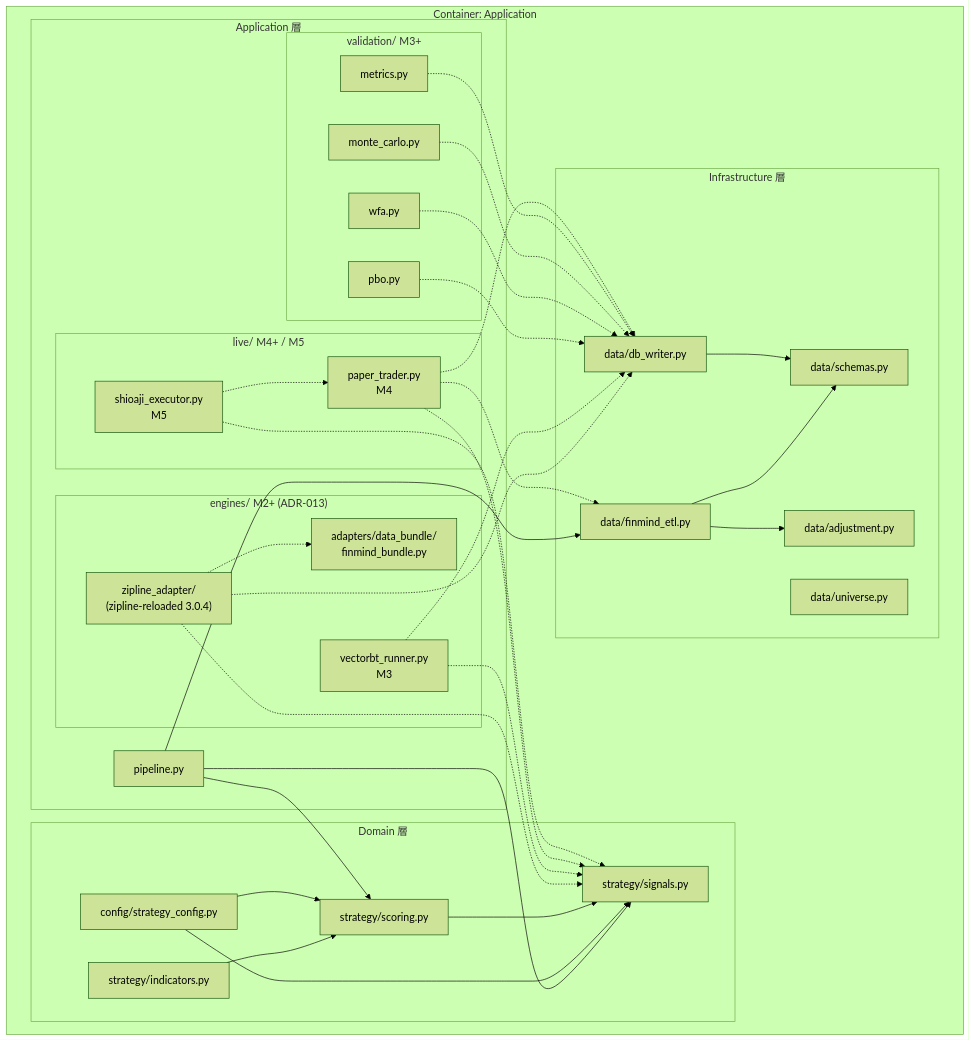
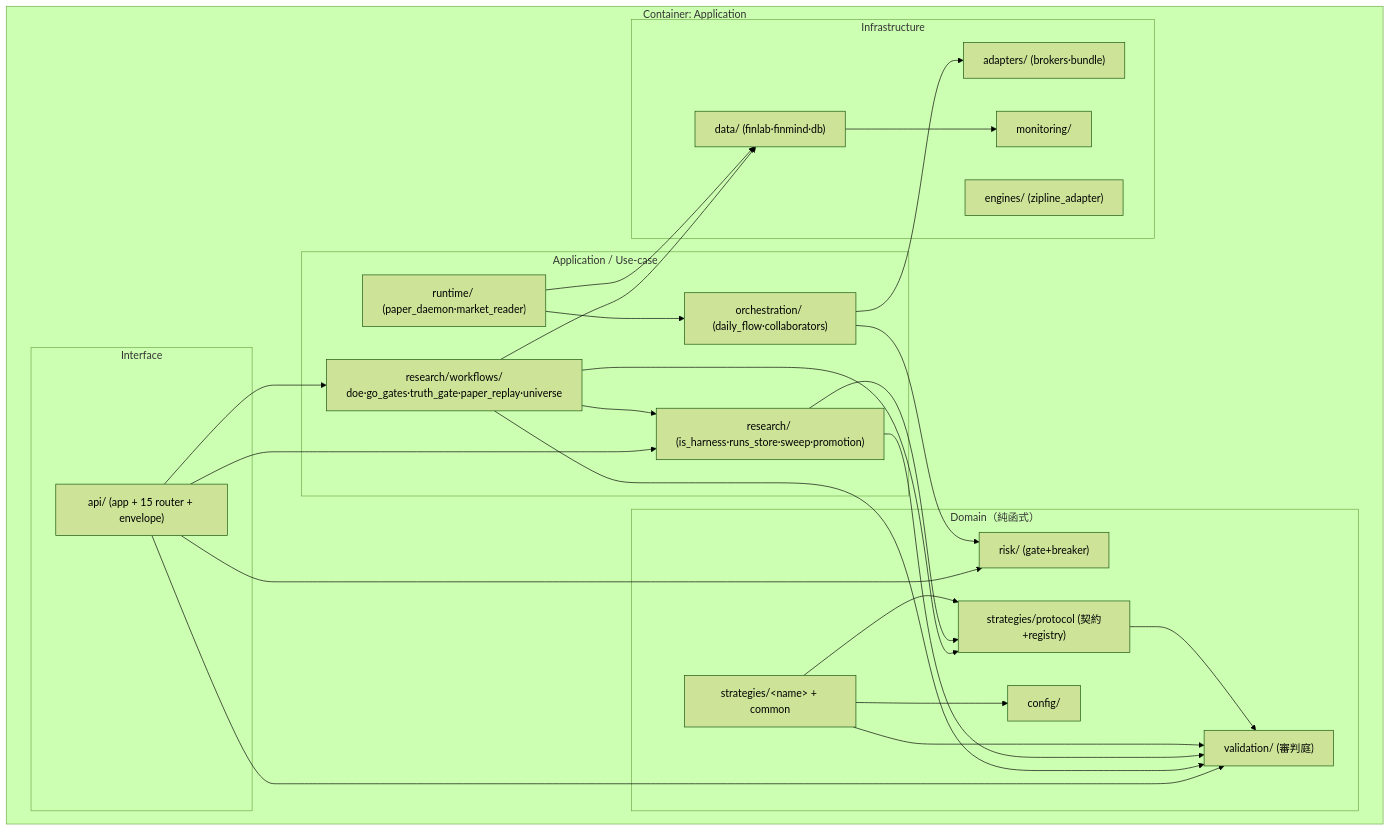
Before and after one commit to Zenobia000/Quantitative_Trading: the third of 7 diagrams in dev_docs/05_architecture_and_design_document.md, drawn with Mermaid (forest theme). The commit also changed other lines of this file and 51 other files, not shown here.

````diff
--- a/dev_docs/05_architecture_and_design_document.md
+++ b/dev_docs/05_architecture_and_design_document.md
@@ -246,64 +119,47 @@
 ```mermaid
 flowchart TD
     subgraph container["Container: Application"]
-        subgraph app_layer["Application 層"]
-            pipe["pipeline.py"]
-            subgraph engines_grp["engines/  M2+ (ADR-013)"]
-                zr["zipline_adapter/<br/>(zipline-reloaded 3.0.4)"]
-                vb["vectorbt_runner.py<br/>M3"]
-                bundle["adapters/data_bundle/<br/>finmind_bundle.py"]
-            end
-            subgraph validation_grp["validation/  M3+"]
-                pbo["pbo.py"]
-                wfa["wfa.py"]
-                mc["monte_carlo.py"]
-                metrics["metrics.py"]
-            end
-            subgraph live_grp["live/  M4+ / M5"]
-                paper["paper_trader.py<br/>M4"]
-                shio["shioaji_executor.py<br/>M5"]
-            end
+        subgraph interface["Interface"]
+            apirt["api/ (app + 15 router + envelope)"]
         end
-        subgraph domain_layer["Domain 層"]
-            cfg["config/strategy_config.py"]
-            ind["strategy/indicators.py"]
-            score["strategy/scoring.py"]
-            sig["strategy/signals.py"]
+        subgraph app_layer["Application / Use-case"]
+            reswf["research/workflows/<br/>doe·go_gates·truth_gate·paper_replay·universe"]
+            research["research/ (is_harness·runs_store·sweep·promotion)"]
+            orch["orchestration/ (daily_flow·collaborators)"]
+            runtime["runtime/ (paper_daemon·market_reader)"]
         end
-        subgraph infra_layer["Infrastructure 層"]
-            schemas["data/schemas.py"]
-            etl["data/finmind_etl.py"]
-            adj["data/adjustment.py"]
-            dbw["data/db_writer.py"]
-            univ["data/universe.py"]
+        subgraph domain_layer["Domain（純函式）"]
+            proto["strategies/protocol (契約+registry)"]
+            strat["strategies/&lt;name&gt; + common"]
+            valid["validation/ (審判庭)"]
+            risk["risk/ (gate+breaker)"]
+            cfg["config/"]
+        end
+        subgraph infra_layer["Infrastructure"]
+            data["data/ (finlab·finmind·db)"]
+            adapt["adapters/ (brokers·bundle)"]
+            eng["engines/ (zipline_adapter)"]
+            mon["monitoring/"]
         end
     end
 
-    pipe --> etl
-    pipe --> score
-    pipe --> sig
-    etl --> schemas
-    etl --> adj
-    dbw --> schemas
-    ind --> score
-    cfg --> score
-    cfg --> sig
-    score --> sig
-
-    zr -.-> sig
-    zr -.-> bundle
-    zr -.-> dbw
-    vb -.-> sig
-    vb -.-> dbw
-
-    pbo -.-> dbw
-    wfa -.-> dbw
-    mc -.-> dbw
-    metrics -.-> dbw
-
-    paper -.-> sig
-    paper -.-> dbw
-    paper -.-> etl
-    shio -.-> paper
-    shio -.-> sig
+    apirt --> research
+    apirt --> reswf
+    apirt --> valid
+    apirt --> risk
+    reswf --> research
+    reswf --> proto
+    reswf --> valid
+    reswf --> data
+    research --> proto
+    research --> valid
+    strat --> proto
+    strat --> valid
+    strat --> cfg
+    proto --> valid
+    orch --> adapt
+    orch --> risk
+    runtime --> orch
+    runtime --> data
+    data --> mon
 ```
````
